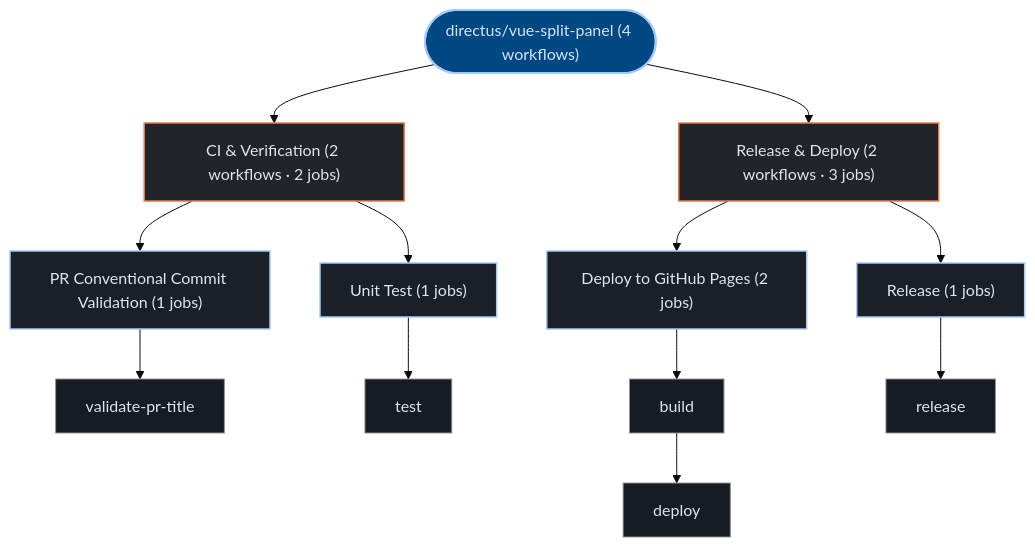
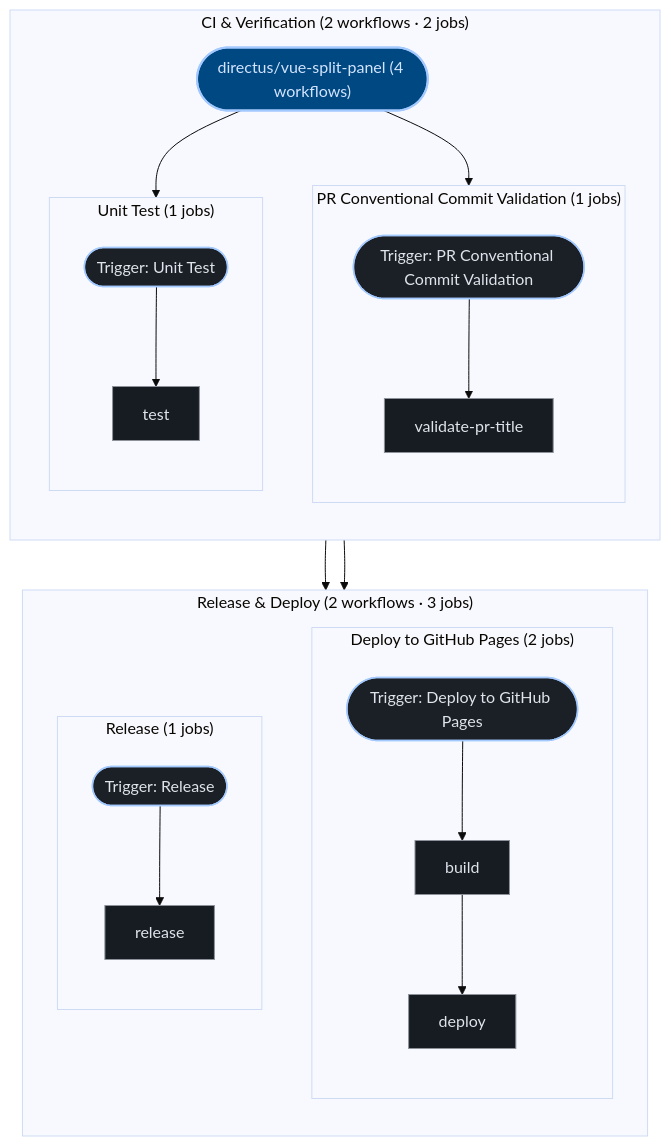
Before and after one commit to kumarshaz/atruss-code-atlas: the third of 3 diagrams in exports/latest/reports/directus-vue-split-panel-report.md, drawn with Mermaid (base theme). The commit also changed 181 other files, not shown here.

````diff
--- a/exports/latest/reports/directus-vue-split-panel-report.md
+++ b/exports/latest/reports/directus-vue-split-panel-report.md
@@ -145,33 +145,47 @@
 ```mermaid
 graph TD;
   classDef atlasRoot fill:#004882,stroke:#a3c9ff,stroke-width:2px,color:#d3e4ff
   classDef atlasCategory fill:#212428,stroke:#E87A48,stroke-width:1.5px,color:#dfe3eb
   classDef atlasWorkflow fill:#1b2026,stroke:#a3c9ff,stroke-width:1.5px,color:#dfe3eb
   classDef atlasJob fill:#171c22,stroke:#8d9199,stroke-width:1px,color:#dfe3eb
   classDef atlasTarget fill:#005227,stroke:#8bd99b,stroke-width:1.5px,color:#a7f6b6
   classDef atlasAlert fill:#93000a,stroke:#ffb4ab,stroke-width:1.5px,color:#ffdad6
   classDef atlasMore fill:#252a31,stroke:#8d9199,stroke-dasharray:4 4,color:#c3c6cf
   pipeline_root(["directus/vue-split-panel (4 workflows)"]):::atlasRoot
-  grp_0_CI___Verification["CI & Verification (2 workflows · 2 jobs)"]:::atlasCategory
-  pipeline_root --> grp_0_CI___Verification
-  wf_0_PR_Conventional_Commit_Validation["PR Conventional Commit Validation (1 jobs)"]:::atlasWorkflow
-  grp_0_CI___Verification --> wf_0_PR_Conventional_Commit_Validation
-  job_0_validate_pr_title["validate-pr-title"]:::atlasJob
-  wf_0_PR_Conventional_Commit_Validation --> job_0_validate_pr_title
-  wf_3_Unit_Test["Unit Test (1 jobs)"]:::atlasWorkflow
-  grp_0_CI___Verification --> wf_3_Unit_Test
-  job_3_test["test"]:::atlasJob
-  wf_3_Unit_Test --> job_3_test
-  grp_1_Release___Deploy["Release & Deploy (2 workflows · 3 jobs)"]:::atlasCategory
-  pipeline_root --> grp_1_Release___Deploy
-  wf_1_Deploy_to_GitHub_Pages["Deploy to GitHub Pages (2 jobs)"]:::atlasWorkflow
-  grp_1_Release___Deploy --> wf_1_Deploy_to_GitHub_Pages
-  job_1_build["build"]:::atlasJob
-  job_1_deploy["deploy"]:::atlasJob
-  wf_1_Deploy_to_GitHub_Pages --> job_1_build
-  job_1_build --> job_1_deploy
-  wf_2_Release["Release (1 jobs)"]:::atlasWorkflow
-  grp_1_Release___Deploy --> wf_2_Release
-  job_2_release["release"]:::atlasJob
-  wf_2_Release --> job_2_release
+  subgraph sg_grp_0_CI___Verification["CI & Verification (2 workflows · 2 jobs)"]
+    direction TB
+    subgraph sg_wf_0_PR_Conventional_Commit_Validation["PR Conventional Commit Validation (1 jobs)"]
+      direction TB
+      wf_0_PR_Conventional_Commit_Validation(["Trigger: PR Conventional Commit Validation"]):::atlasWorkflow
+      job_0_validate_pr_title["validate-pr-title"]:::atlasJob
+      wf_0_PR_Conventional_Commit_Validation --> job_0_validate_pr_title
+    end
+    pipeline_root --> wf_0_PR_Conventional_Commit_Validation
+    subgraph sg_wf_3_Unit_Test["Unit Test (1 jobs)"]
+      direction TB
+      wf_3_Unit_Test(["Trigger: Unit Test"]):::atlasWorkflow
+      job_3_test["test"]:::atlasJob
+      wf_3_Unit_Test --> job_3_test
+    end
+    pipeline_root --> wf_3_Unit_Test
+  end
+  subgraph sg_grp_1_Release___Deploy["Release & Deploy (2 workflows · 3 jobs)"]
+    direction TB
+    subgraph sg_wf_1_Deploy_to_GitHub_Pages["Deploy to GitHub Pages (2 jobs)"]
+      direction TB
+      wf_1_Deploy_to_GitHub_Pages(["Trigger: Deploy to GitHub Pages"]):::atlasWorkflow
+      job_1_build["build"]:::atlasJob
+      job_1_deploy["deploy"]:::atlasJob
+      wf_1_Deploy_to_GitHub_Pages --> job_1_build
+      job_1_build --> job_1_deploy
+    end
+    pipeline_root --> wf_1_Deploy_to_GitHub_Pages
+    subgraph sg_wf_2_Release["Release (1 jobs)"]
+      direction TB
+      wf_2_Release(["Trigger: Release"]):::atlasWorkflow
+      job_2_release["release"]:::atlasJob
+      wf_2_Release --> job_2_release
+    end
+    pipeline_root --> wf_2_Release
+  end
 ```
````
